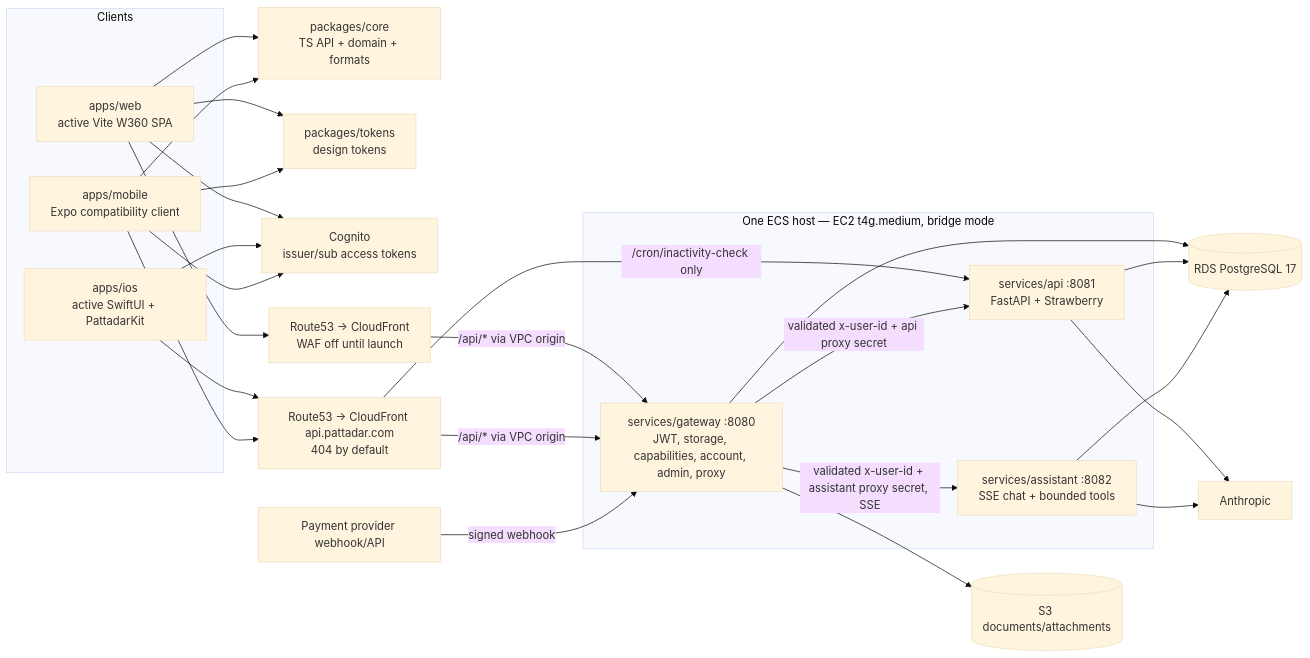
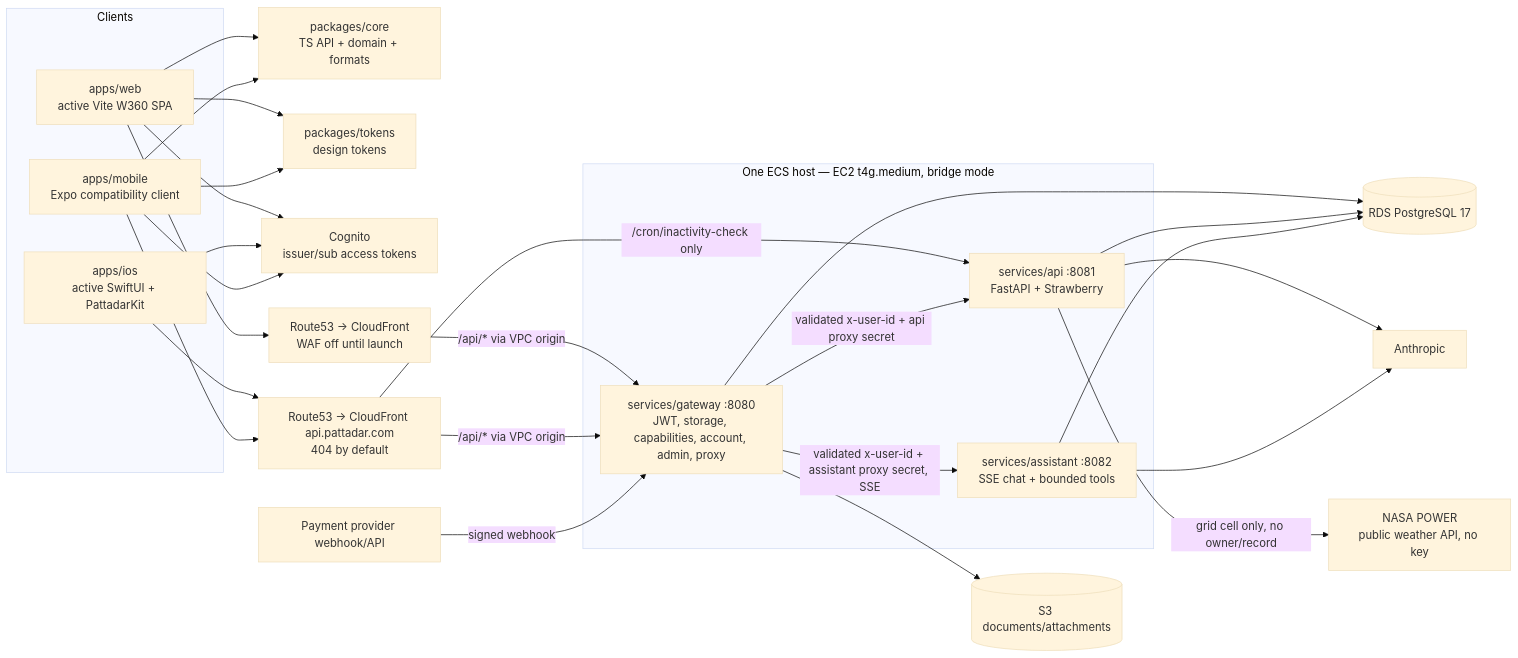
Before and after one commit to reddy-sh/pattadar-platform: the first of 5 diagrams in docs/architecture.md, drawn with Mermaid (base theme). The commit also changed other lines of this file and 60 other files, not shown here.

````diff
--- a/docs/architecture.md
+++ b/docs/architecture.md
@@ -9,38 +9,40 @@
 ```mermaid
 flowchart LR
   subgraph Clients
     WEB[apps/web\nactive Vite W360 SPA]
     IOS[apps/ios\nactive SwiftUI + PattadarKit]
     MOB[apps/mobile\nExpo compatibility client]
   end
   CORE[packages/core\nTS API + domain + formats]
   TOK[packages/tokens\ndesign tokens]
   COG[Cognito\nissuer/sub access tokens]
   EDGE[Route53 → CloudFront\nWAF off until launch]
   AEDGE[Route53 → CloudFront api.pattadar.com\n404 by default]
   subgraph HOST[One ECS host — EC2 t4g.medium, bridge mode]
     GW[services/gateway :8080\nJWT, storage, capabilities, account, admin, proxy]
     API[services/api :8081\nFastAPI + Strawberry]
     AST[services/assistant :8082\nSSE chat + bounded tools]
   end
   PG[(RDS PostgreSQL 17)]
   S3[(S3 documents/attachments)]
   ANT[Anthropic]
   PAY[Payment provider webhook/API]
+  NASA[NASA POWER\npublic weather API, no key]
 
   WEB --> CORE
   MOB --> CORE
   WEB & MOB --> TOK
   WEB & IOS & MOB --> COG
   WEB --> EDGE
   IOS & MOB --> AEDGE
   EDGE -->|/api/* via VPC origin| GW
   AEDGE -->|/api/* via VPC origin| GW
   AEDGE -->|/cron/inactivity-check only| API
   GW -->|validated x-user-id + api proxy secret| API
   GW -->|validated x-user-id + assistant proxy secret, SSE| AST
   GW --> S3
   GW & API & AST --> PG
   API & AST --> ANT
+  API -->|grid cell only, no owner/record| NASA
   PAY -->|signed webhook| GW
 ```
````
